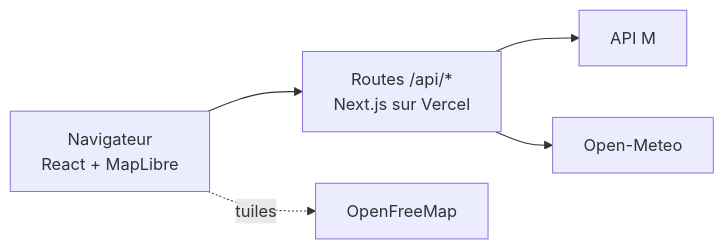
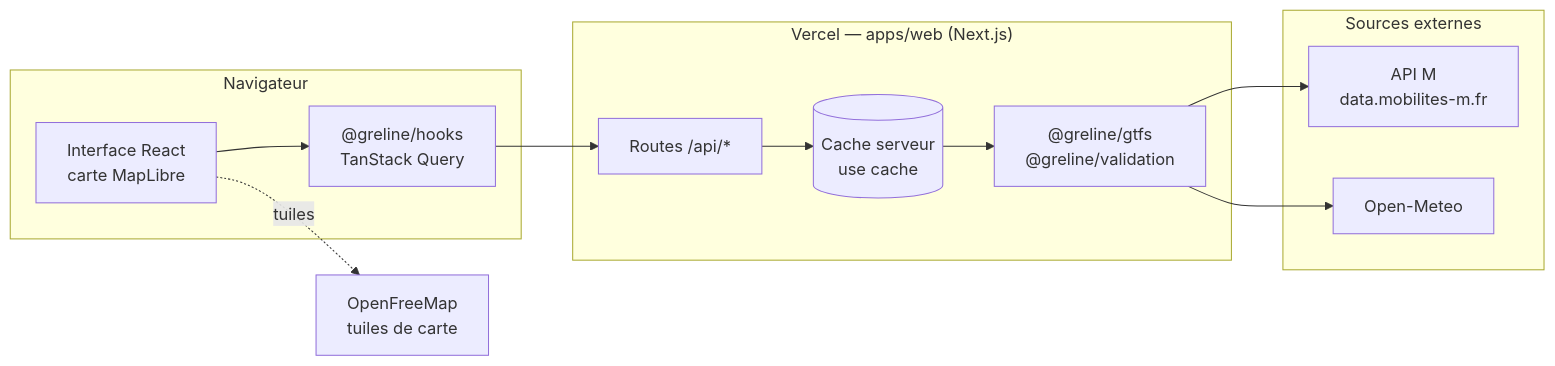
One commit to Feareis/greline changed the first of 3 diagrams in README.md. Above: the diagram before and after it, drawn with Mermaid. The commit also changed other lines of this file, not shown here.

````diff
--- a/README.md
+++ b/README.md
@@ -41,7 +50,26 @@
 ```mermaid
 flowchart LR
-    UI["Navigateur<br/>React + MapLibre"] --> API["Routes /api/*<br/>Next.js sur Vercel"]
-    API --> M["API M"]
-    API --> Meteo["Open-Meteo"]
-    UI -. tuiles .-> Tiles["OpenFreeMap"]
+    subgraph Client["Navigateur"]
+        UI["Interface React<br/>carte MapLibre"]
+        Hooks["@greline/hooks<br/>TanStack Query"]
+    end
+
+    subgraph Vercel["Vercel — apps/web (Next.js)"]
+        API["Routes /api/*"]
+        Cache[("Cache serveur<br/>use cache")]
+        Core["@greline/gtfs<br/>@greline/validation"]
+    end
+
+    subgraph Ext["Sources externes"]
+        M["API M<br/>data.mobilites-m.fr"]
+        Meteo["Open-Meteo"]
+    end
+
+    Tiles["OpenFreeMap<br/>tuiles de carte"]
+
+    UI --> Hooks --> API
+    API --> Cache --> Core
+    Core --> M
+    Core --> Meteo
+    UI -. tuiles .-> Tiles
 ```
````
